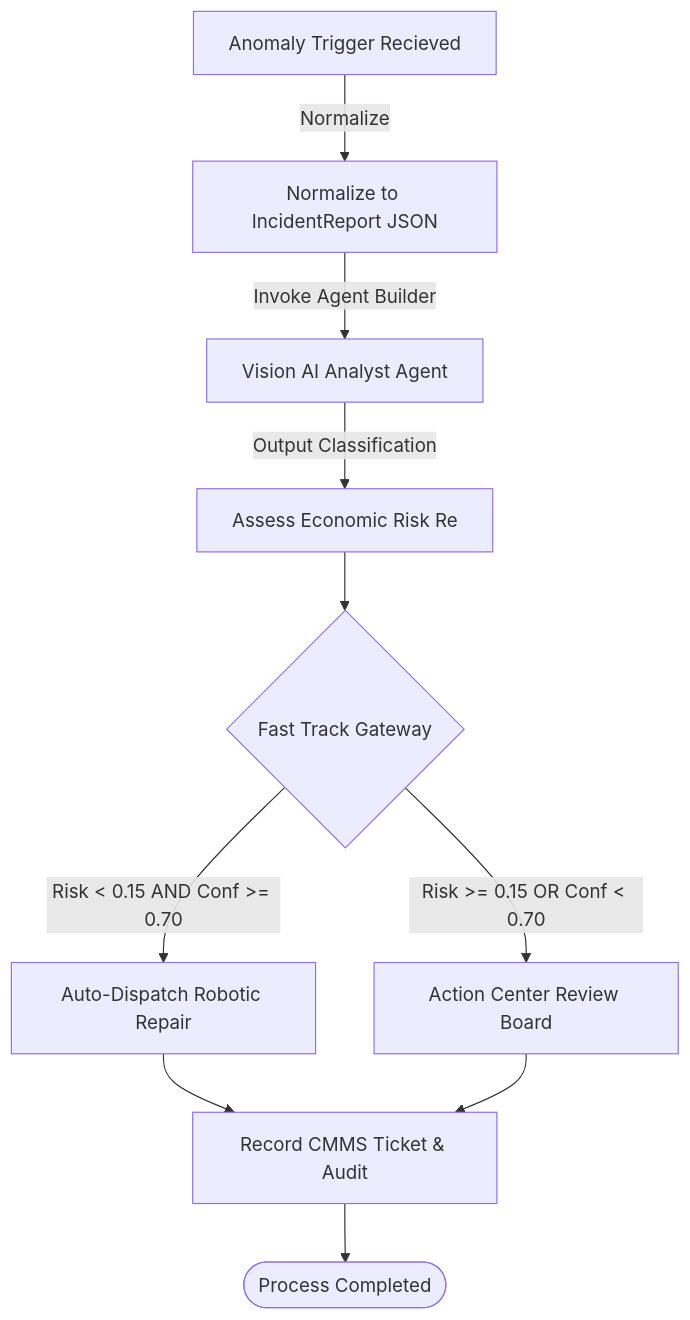
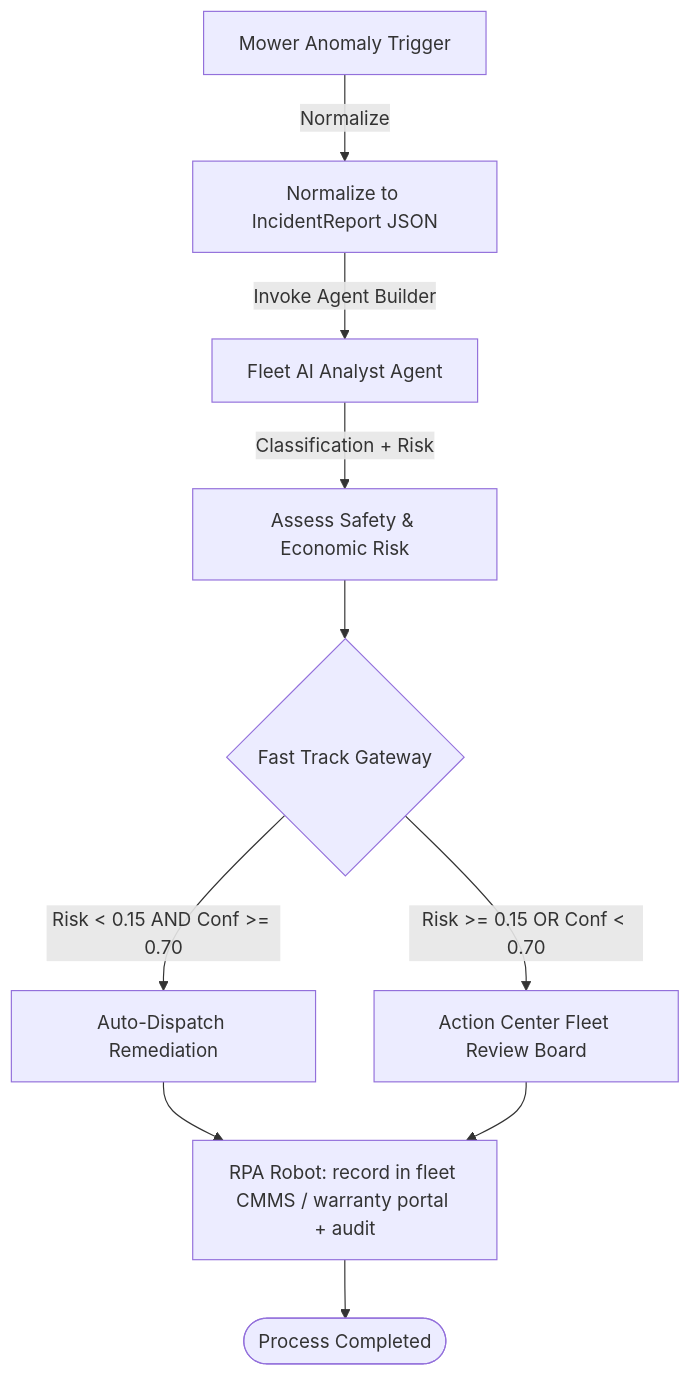
The diagram in artifacts/container1/README.md (ForenlyAI/uipath-maestro-ecm), drawn with Mermaid before and after one commit. The commit also changed other lines of this file and 13 other files, not shown here.

First line of the commit message:
Purge engineering-change (ECM/ECR/ECN) leftovers; align all docs/artifacts to mower fleet

````diff
--- a/artifacts/container1/README.md
+++ b/artifacts/container1/README.md
@@ -17,15 +21,15 @@
 ```mermaid
 graph TD
-    Trigger[Anomaly Trigger Recieved] -->|Normalize| Norm[Normalize to IncidentReport JSON]
-    Norm -->|Invoke Agent Builder| AI[Vision AI Analyst Agent]
-    AI -->|Output Classification| Risk[Assess Economic Risk Re]
-    
+    Trigger[Mower Anomaly Trigger] -->|Normalize| Norm[Normalize to IncidentReport JSON]
+    Norm -->|Invoke Agent Builder| AI[Fleet AI Analyst Agent]
+    AI -->|Classification + Risk| Risk[Assess Safety & Economic Risk]
+
     Risk --> Gate{Fast Track Gateway}
-    
-    Gate -->|Risk < 0.15 AND Conf >= 0.70| Auto[Auto-Dispatch Robotic Repair]
-    Gate -->|Risk >= 0.15 OR Conf < 0.70| HITL[Action Center Review Board]
-    
-    Auto --> CMMS[Record CMMS Ticket & Audit]
-    HITL --> CMMS
-    CMMS --> End([Process Completed])
+
+    Gate -->|Risk < 0.15 AND Conf >= 0.70| Auto[Auto-Dispatch Remediation]
+    Gate -->|Risk >= 0.15 OR Conf < 0.70| HITL[Action Center Fleet Review Board]
+
+    Auto --> RPA[RPA Robot: record in fleet CMMS / warranty portal + audit]
+    HITL --> RPA
+    RPA --> End([Process Completed])
 ```
````
